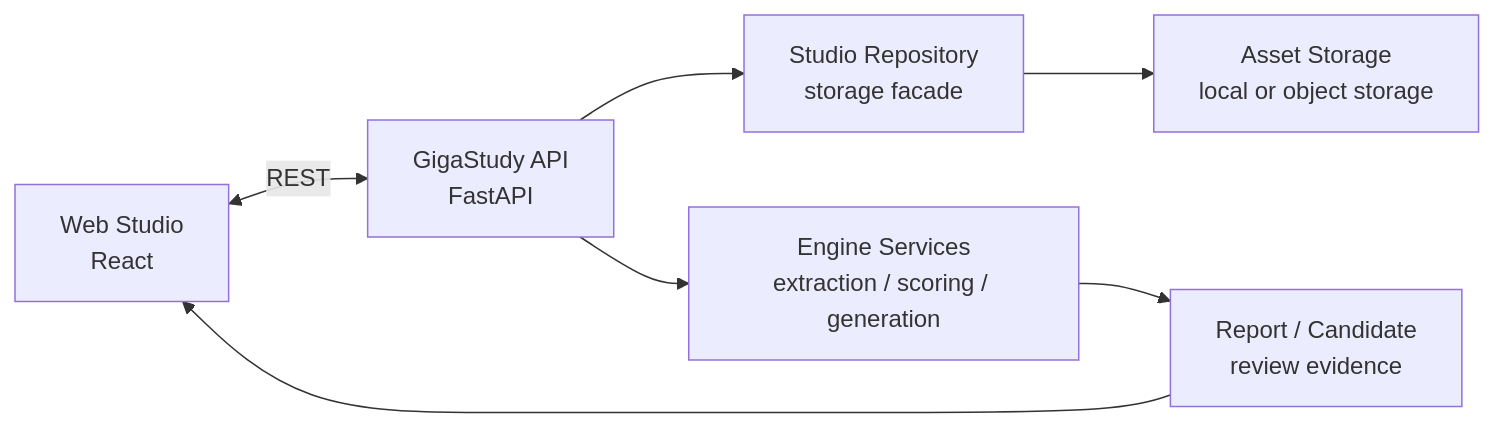
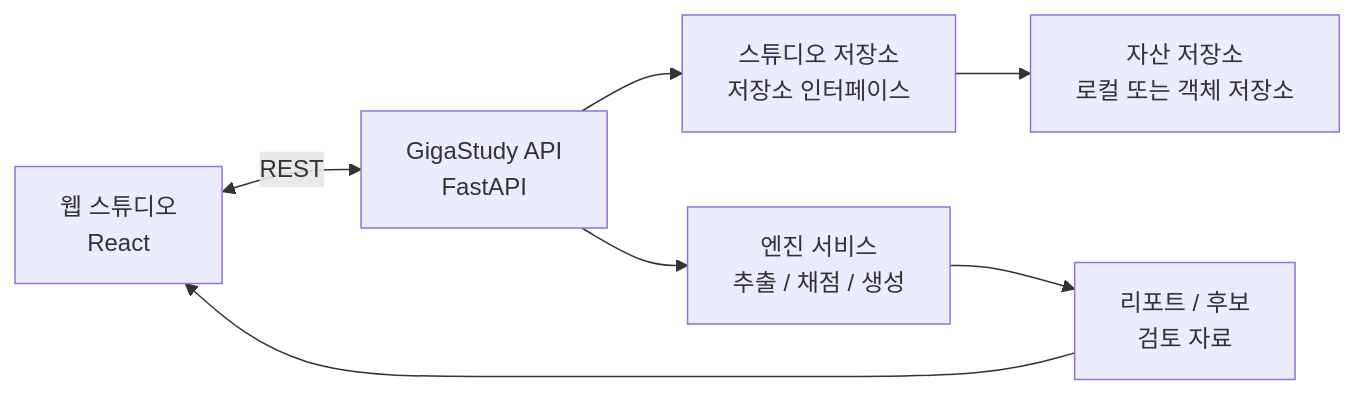
The diagram in README.md (daeyeonkkk/GigaStudy), drawn with Mermaid before and after one commit. The commit also changed other lines of this file, not shown here.

````diff
--- a/README.md
+++ b/README.md
@@ -65,16 +65,16 @@
 ```mermaid
 flowchart LR
-  WEB["Web Studio<br/>React"]
+  WEB["웹 스튜디오<br/>React"]
   API["GigaStudy API<br/>FastAPI"]
-  STORE["Studio Repository<br/>storage facade"]
-  ENGINE["Engine Services<br/>extraction / scoring / generation"]
-  ASSETS["Asset Storage<br/>local or object storage"]
-  REPORT["Report / Candidate<br/>review evidence"]
+  STORE["스튜디오 저장소<br/>저장소 인터페이스"]
+  ENGINE["엔진 서비스<br/>추출 / 채점 / 생성"]
+  ASSETS["자산 저장소<br/>로컬 또는 객체 저장소"]
+  REPORT["리포트 / 후보<br/>검토 자료"]
 
   WEB <-->|REST| API
   API --> STORE
   STORE --> ASSETS
   API --> ENGINE
   ENGINE --> REPORT
   REPORT --> WEB
 ```
````
